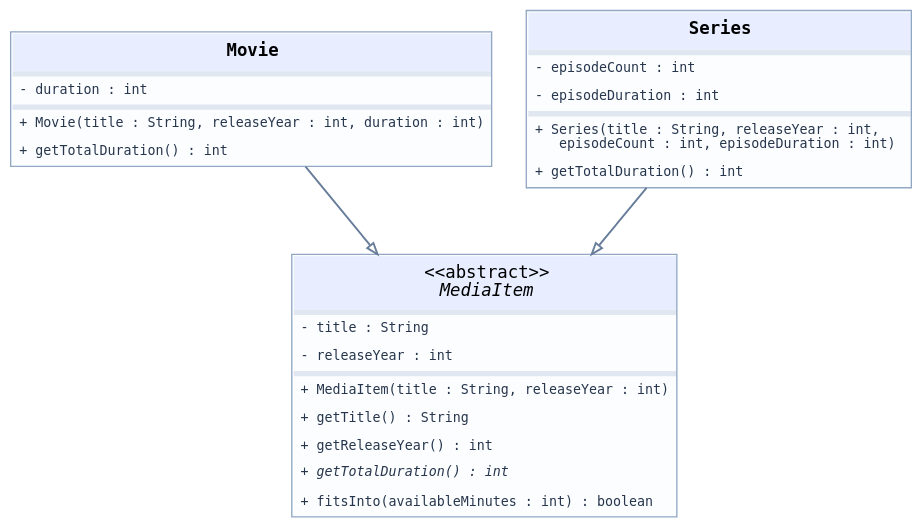
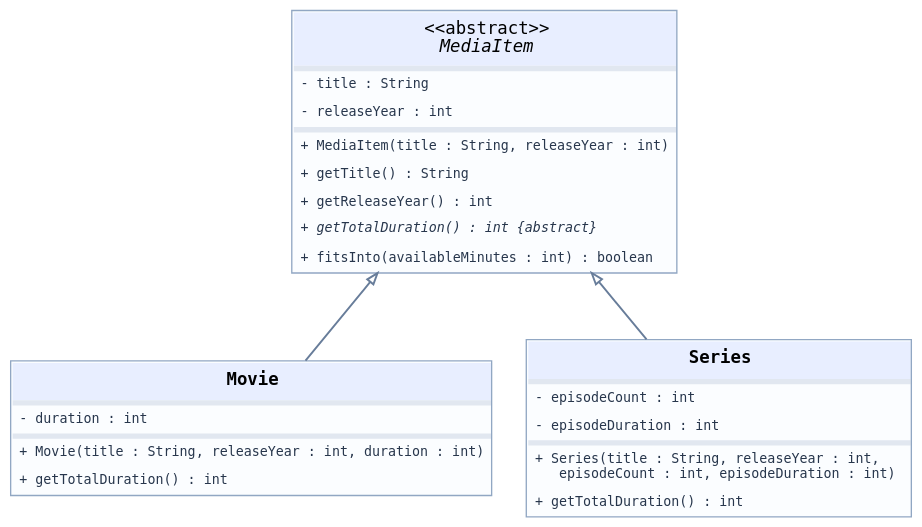
The diagram in content/chapters/10-absztrakt-osztalyok/media/task-media-hu.dot (edetroll/java-oop), drawn with Graphviz before and after one commit. The commit also changed 41 other files, not shown here.

```diff
--- a/content/chapters/10-absztrakt-osztalyok/media/task-media-hu.dot
+++ b/content/chapters/10-absztrakt-osztalyok/media/task-media-hu.dot
@@ -1,8 +1,8 @@
-digraph UML { graph [rankdir=TB,bgcolor="transparent",pad="0.12",nodesep="0.36",ranksep="0.7",splines=polyline];
+digraph UML { graph [rankdir=BT,bgcolor="transparent",pad="0.12",nodesep="0.36",ranksep="0.7",splines=polyline];
 node [shape=plain]; edge [color="#687d9a",penwidth=1.45,arrowsize=0.85];
-"MediaItem" [label=<<TABLE BORDER="1" CELLBORDER="0" CELLSPACING="0" COLOR="#91a7c3" BGCOLOR="#fbfdff"><TR><TD BGCOLOR="#e8eeff" CELLPADDING="7"><FONT FACE="DejaVu Sans Mono" POINT-SIZE="13">&lt;&lt;abstract&gt;&gt;<BR/><I>MediaItem</I></FONT></TD></TR><TR><TD BGCOLOR="#e1e7f0" HEIGHT="2"></TD></TR><TR><TD ALIGN="LEFT" CELLPADDING="5"><FONT FACE="DejaVu Sans Mono" POINT-SIZE="10" COLOR="#27364c">- title : String</FONT></TD></TR><TR><TD ALIGN="LEFT" CELLPADDING="5"><FONT FACE="DejaVu Sans Mono" POINT-SIZE="10" COLOR="#27364c">- releaseYear : int</FONT></TD></TR><TR><TD BGCOLOR="#e1e7f0" HEIGHT="2"></TD></TR><TR><TD ALIGN="LEFT" CELLPADDING="5"><FONT FACE="DejaVu Sans Mono" POINT-SIZE="10" COLOR="#27364c">+ MediaItem(title : String, releaseYear : int)</FONT></TD></TR><TR><TD ALIGN="LEFT" CELLPADDING="5"><FONT FACE="DejaVu Sans Mono" POINT-SIZE="10" COLOR="#27364c">+ getTitle() : String</FONT></TD></TR><TR><TD ALIGN="LEFT" CELLPADDING="5"><FONT FACE="DejaVu Sans Mono" POINT-SIZE="10" COLOR="#27364c">+ getReleaseYear() : int</FONT></TD></TR><TR><TD ALIGN="LEFT" CELLPADDING="5"><FONT FACE="DejaVu Sans Mono" POINT-SIZE="10" COLOR="#27364c"><I>+ getTotalDuration() : int</I></FONT></TD></TR><TR><TD ALIGN="LEFT" CELLPADDING="5"><FONT FACE="DejaVu Sans Mono" POINT-SIZE="10" COLOR="#27364c">+ fitsInto(availableMinutes : int) : boolean</FONT></TD></TR></TABLE>>];
+"MediaItem" [label=<<TABLE BORDER="1" CELLBORDER="0" CELLSPACING="0" COLOR="#91a7c3" BGCOLOR="#fbfdff"><TR><TD BGCOLOR="#e8eeff" CELLPADDING="7"><FONT FACE="DejaVu Sans Mono" POINT-SIZE="13">&lt;&lt;abstract&gt;&gt;<BR/><I>MediaItem</I></FONT></TD></TR><TR><TD BGCOLOR="#e1e7f0" HEIGHT="2"></TD></TR><TR><TD ALIGN="LEFT" CELLPADDING="5"><FONT FACE="DejaVu Sans Mono" POINT-SIZE="10" COLOR="#27364c">- title : String</FONT></TD></TR><TR><TD ALIGN="LEFT" CELLPADDING="5"><FONT FACE="DejaVu Sans Mono" POINT-SIZE="10" COLOR="#27364c">- releaseYear : int</FONT></TD></TR><TR><TD BGCOLOR="#e1e7f0" HEIGHT="2"></TD></TR><TR><TD ALIGN="LEFT" CELLPADDING="5"><FONT FACE="DejaVu Sans Mono" POINT-SIZE="10" COLOR="#27364c">+ MediaItem(title : String, releaseYear : int)</FONT></TD></TR><TR><TD ALIGN="LEFT" CELLPADDING="5"><FONT FACE="DejaVu Sans Mono" POINT-SIZE="10" COLOR="#27364c">+ getTitle() : String</FONT></TD></TR><TR><TD ALIGN="LEFT" CELLPADDING="5"><FONT FACE="DejaVu Sans Mono" POINT-SIZE="10" COLOR="#27364c">+ getReleaseYear() : int</FONT></TD></TR><TR><TD ALIGN="LEFT" CELLPADDING="5"><FONT FACE="DejaVu Sans Mono" POINT-SIZE="10" COLOR="#27364c"><I>+ getTotalDuration() : int {abstract}</I></FONT></TD></TR><TR><TD ALIGN="LEFT" CELLPADDING="5"><FONT FACE="DejaVu Sans Mono" POINT-SIZE="10" COLOR="#27364c">+ fitsInto(availableMinutes : int) : boolean</FONT></TD></TR></TABLE>>];
 "Movie" [label=<<TABLE BORDER="1" CELLBORDER="0" CELLSPACING="0" COLOR="#91a7c3" BGCOLOR="#fbfdff"><TR><TD BGCOLOR="#e8eeff" CELLPADDING="7"><FONT FACE="DejaVu Sans Mono" POINT-SIZE="13"><B>Movie</B></FONT></TD></TR><TR><TD BGCOLOR="#e1e7f0" HEIGHT="2"></TD></TR><TR><TD ALIGN="LEFT" CELLPADDING="5"><FONT FACE="DejaVu Sans Mono" POINT-SIZE="10" COLOR="#27364c">- duration : int</FONT></TD></TR><TR><TD BGCOLOR="#e1e7f0" HEIGHT="2"></TD></TR><TR><TD ALIGN="LEFT" CELLPADDING="5"><FONT FACE="DejaVu Sans Mono" POINT-SIZE="10" COLOR="#27364c">+ Movie(title : String, releaseYear : int, duration : int)</FONT></TD></TR><TR><TD ALIGN="LEFT" CELLPADDING="5"><FONT FACE="DejaVu Sans Mono" POINT-SIZE="10" COLOR="#27364c">+ getTotalDuration() : int</FONT></TD></TR></TABLE>>];
 "Series" [label=<<TABLE BORDER="1" CELLBORDER="0" CELLSPACING="0" COLOR="#91a7c3" BGCOLOR="#fbfdff"><TR><TD BGCOLOR="#e8eeff" CELLPADDING="7"><FONT FACE="DejaVu Sans Mono" POINT-SIZE="13"><B>Series</B></FONT></TD></TR><TR><TD BGCOLOR="#e1e7f0" HEIGHT="2"></TD></TR><TR><TD ALIGN="LEFT" CELLPADDING="5"><FONT FACE="DejaVu Sans Mono" POINT-SIZE="10" COLOR="#27364c">- episodeCount : int</FONT></TD></TR><TR><TD ALIGN="LEFT" CELLPADDING="5"><FONT FACE="DejaVu Sans Mono" POINT-SIZE="10" COLOR="#27364c">- episodeDuration : int</FONT></TD></TR><TR><TD BGCOLOR="#e1e7f0" HEIGHT="2"></TD></TR><TR><TD ALIGN="LEFT" CELLPADDING="5"><FONT FACE="DejaVu Sans Mono" POINT-SIZE="10" COLOR="#27364c">+ Series(title : String, releaseYear : int,<BR ALIGN="LEFT"/>    episodeCount : int, episodeDuration : int)</FONT></TD></TR><TR><TD ALIGN="LEFT" CELLPADDING="5"><FONT FACE="DejaVu Sans Mono" POINT-SIZE="10" COLOR="#27364c">+ getTotalDuration() : int</FONT></TD></TR></TABLE>>];
 "Movie" -> "MediaItem" [arrowhead=empty];
 "Series" -> "MediaItem" [arrowhead=empty];
 }
```
